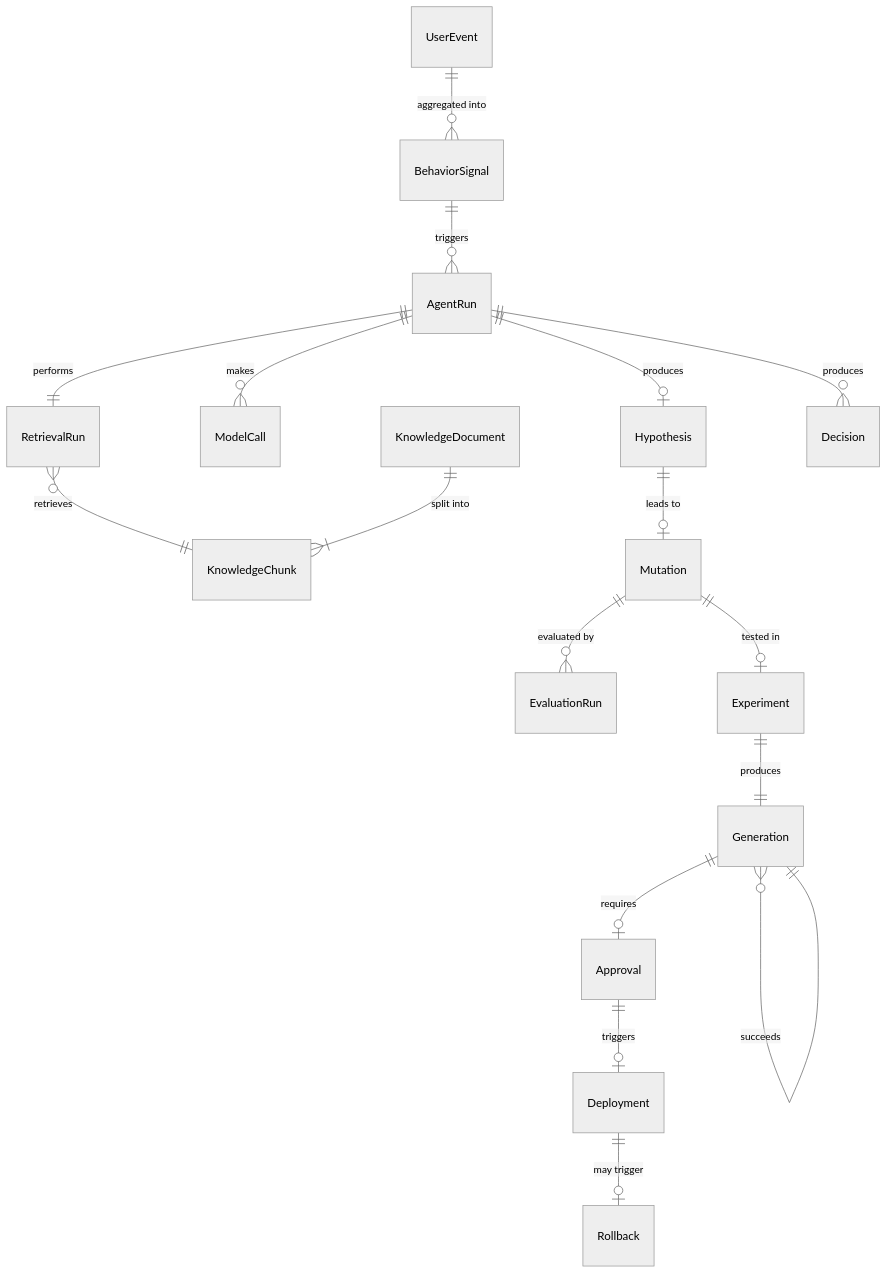
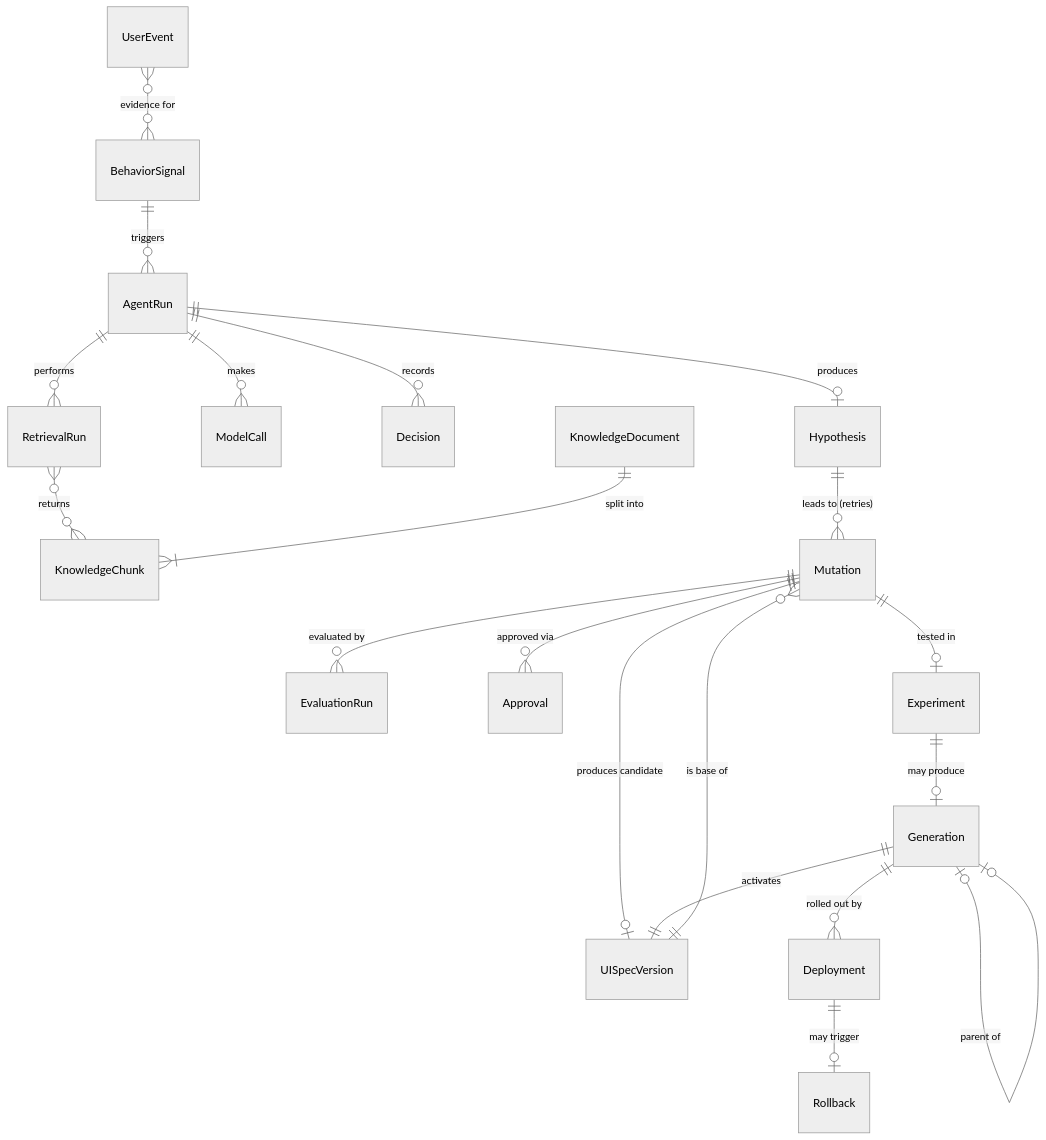
Before and after one commit to Sarishc/darwin-ux: the diagram in docs/DOMAIN_MODEL.md, drawn with Mermaid (neutral theme). The commit also changed other lines of this file and 12 other files, not shown here.

Commit message:
docs: define DarwinUX system architecture

````diff
--- a/docs/DOMAIN_MODEL.md
+++ b/docs/DOMAIN_MODEL.md
@@ -9,19 +9,22 @@
 ```mermaid
 erDiagram
-    UserEvent ||--o{ BehaviorSignal : "aggregated into"
+    UserEvent }o--o{ BehaviorSignal : "evidence for"
     BehaviorSignal ||--o{ AgentRun : "triggers"
-    AgentRun ||--|| RetrievalRun : "performs"
+    AgentRun ||--o{ RetrievalRun : "performs"
     AgentRun ||--o{ ModelCall : "makes"
+    AgentRun ||--o{ Decision : "records"
     AgentRun ||--o| Hypothesis : "produces"
-    RetrievalRun }o--|| KnowledgeChunk : "retrieves"
+    RetrievalRun }o--o{ KnowledgeChunk : "returns"
     KnowledgeDocument ||--|{ KnowledgeChunk : "split into"
-    Hypothesis ||--o| Mutation : "leads to"
+    Hypothesis ||--o{ Mutation : "leads to (retries)"
+    UISpecVersion ||--o{ Mutation : "is base of"
+    Mutation ||--o| UISpecVersion : "produces candidate"
     Mutation ||--o{ EvaluationRun : "evaluated by"
+    Mutation ||--o{ Approval : "approved via"
     Mutation ||--o| Experiment : "tested in"
-    AgentRun ||--o{ Decision : "produces"
-    Experiment ||--|| Generation : "produces"
-    Generation ||--o| Approval : "requires"
-    Approval ||--o| Deployment : "triggers"
+    Experiment ||--o| Generation : "may produce"
+    Generation ||--|| UISpecVersion : "activates"
+    Generation ||--o{ Deployment : "rolled out by"
     Deployment ||--o| Rollback : "may trigger"
-    Generation }o--|| Generation : "succeeds"
+    Generation |o--o| Generation : "parent of"
 ```
````
